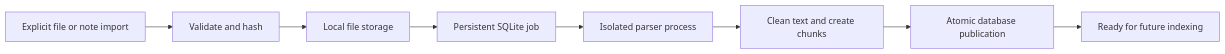
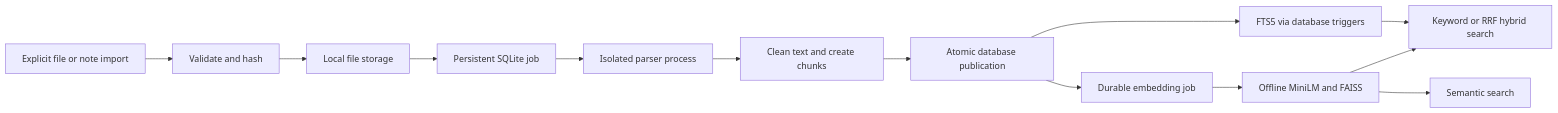
One commit to Sachin844123/Echo changed the diagram in README.md. Above: the diagram before and after it, drawn with Mermaid. The commit also changed other lines of this file, not shown here.

Commit message:
Present M3 capabilities setup and search usage

````diff
--- a/README.md
+++ b/README.md
@@ -64,10 +68,15 @@
 ```mermaid
 flowchart LR
     A[Explicit file or note import] --> B[Validate and hash]
     B --> C[Local file storage]
     C --> D[Persistent SQLite job]
     D --> E[Isolated parser process]
     E --> F[Clean text and create chunks]
     F --> G[Atomic database publication]
-    G --> H[Ready for future indexing]
+    G --> H[FTS5 via database triggers]
+    G --> I[Durable embedding job]
+    I --> J[Offline MiniLM and FAISS]
+    H --> K[Keyword or RRF hybrid search]
+    J --> K
+    J --> L[Semantic search]
 ```
````
